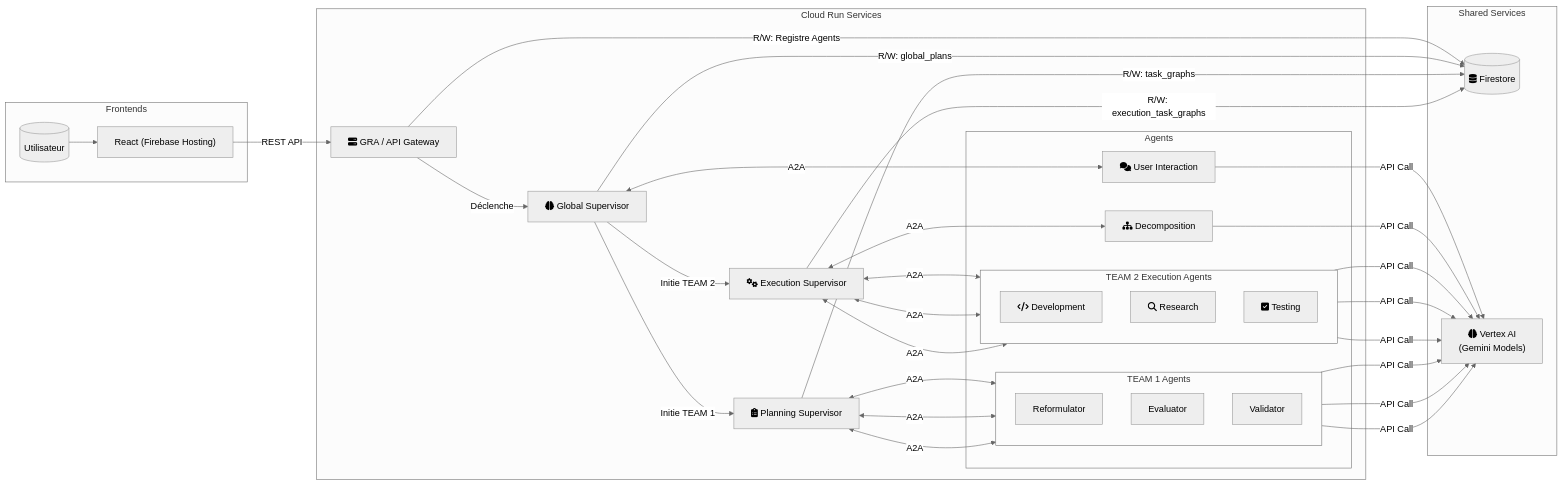
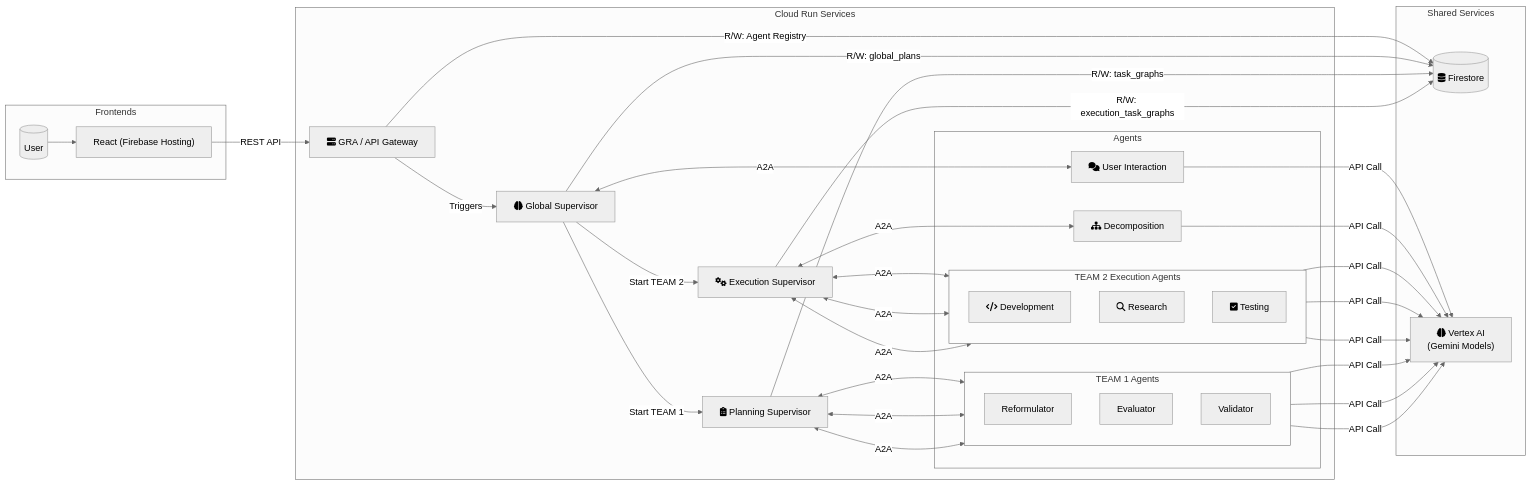
One commit to etiennerev1222/orchestrai-hackathon-ADK changed the second of 2 diagrams in README.md. Above: the diagram before and after it, drawn with Mermaid (neutral theme). The commit also changed other lines of this file and 2 other files, not shown here.

````diff
--- a/README.md
+++ b/README.md
@@ -86,74 +84,74 @@
 ```mermaid
 graph LR
     %% --- FRONTENDS ---
     subgraph "Frontends"
-        User[(Utilisateur)]
+        User[(User)]
         ReactUI["React (Firebase Hosting)"]
         User --> ReactUI
     end
 
-    %% --- BACKEND sur Cloud Run ---
+    %% --- BACKEND on Cloud Run ---
     subgraph "Cloud Run Services"
         GRA[fa:fa-server GRA / API Gateway]
         GlobalSupervisor[fa:fa-brain Global Supervisor]
         PlanningSupervisor[fa:fa-clipboard-list Planning Supervisor]
         ExecutionSupervisor[fa:fa-cogs Execution Supervisor]
 
         subgraph "Agents"
             UserInteractionAgent[fa:fa-comments User Interaction]
             DecompositionAgent[fa:fa-sitemap Decomposition]
 
             subgraph "TEAM 1 Agents"
                 direction TB
                 Reformulator
                 Evaluator
                 Validator
             end
 
             subgraph "TEAM 2 Execution Agents"
                 direction TB
                 DevelopmentAgent[fa:fa-code Development]
                 ResearchAgent[fa:fa-search Research]
                 TestingAgent[fa:fa-check-square Testing]
             end
         end
     end
 
-    %% --- SERVICES PARTAGES ---
+    %% --- SHARED SERVICES ---
     subgraph "Shared Services"
         Firestore[(fa:fa-database Firestore)]
         VertexAI["fa:fa-brain Vertex AI\n(Gemini Models)"]
     end
 
     %% --- FLOW & INTERACTIONS ---
     ReactUI -- "REST API" --> GRA
-    GRA -- "Déclenche" --> GlobalSupervisor
-    GlobalSupervisor -- "Initie TEAM 1" --> PlanningSupervisor
-    GlobalSupervisor -- "Initie TEAM 2" --> ExecutionSupervisor
-    
+    GRA -- "Triggers" --> GlobalSupervisor
+    GlobalSupervisor -- "Start TEAM 1" --> PlanningSupervisor
+    GlobalSupervisor -- "Start TEAM 2" --> ExecutionSupervisor
+
     %% Agent Communications
     GlobalSupervisor <--> |"A2A"| UserInteractionAgent
     PlanningSupervisor <--> |"A2A"| Reformulator
     PlanningSupervisor <--> |"A2A"| Evaluator
     PlanningSupervisor <--> |"A2A"| Validator
     ExecutionSupervisor <--> |"A2A"| DecompositionAgent
     ExecutionSupervisor <--> |"A2A"| DevelopmentAgent
     ExecutionSupervisor <--> |"A2A"| ResearchAgent
     ExecutionSupervisor <--> |"A2A"| TestingAgent
 
     %% Database Connections
-    GRA -- "R/W: Registre Agents" --> Firestore
+    GRA -- "R/W: Agent Registry" --> Firestore
     GlobalSupervisor -- "R/W: global_plans" --> Firestore
     PlanningSupervisor -- "R/W: task_graphs" --> Firestore
     ExecutionSupervisor -- "R/W: execution_task_graphs" --> Firestore
 
     %% LLM Connections
     UserInteractionAgent -- "API Call" --> VertexAI
     Reformulator -- "API Call" --> VertexAI
     Evaluator -- "API Call" --> VertexAI
     Validator -- "API Call" --> VertexAI
     DecompositionAgent -- "API Call" --> VertexAI
     DevelopmentAgent -- "API Call" --> VertexAI
     ResearchAgent -- "API Call" --> VertexAI
     TestingAgent -- "API Call" --> VertexAI
 ```
````
